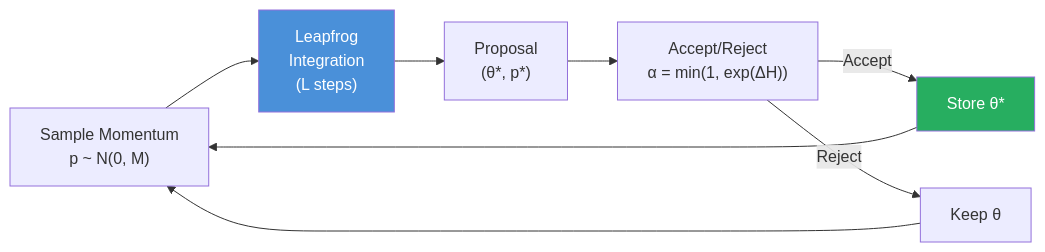
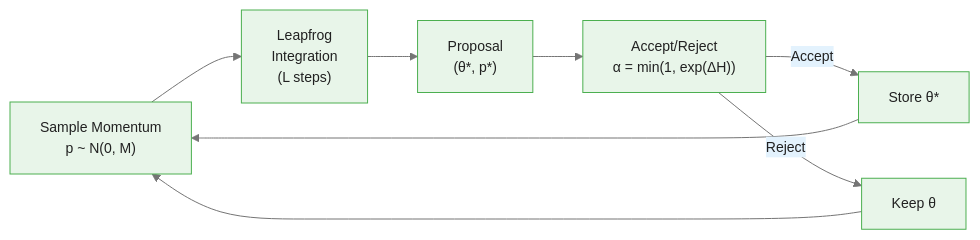
One commit to m-deane/course-creator changed the first of 5 diagrams in courses/bayesian-commodity-forecasting/modules/module_06_inference/guides/02_hamiltonian_monte_carlo_slides.md. Above: the diagram before and after it, drawn with Mermaid. The commit also changed other lines of this file and 104 other files, not shown here.

````diff
--- a/courses/bayesian-commodity-forecasting/modules/module_06_inference/guides/02_hamiltonian_monte_carlo_slides.md
+++ b/courses/bayesian-commodity-forecasting/modules/module_06_inference/guides/02_hamiltonian_monte_carlo_slides.md
@@ -48,12 +56,11 @@
 ```mermaid
+%%{init: {"theme": "base", "themeVariables": {"primaryColor": "#e8f5e9", "primaryBorderColor": "#4caf50", "primaryTextColor": "#212121", "secondaryColor": "#e3f2fd", "tertiaryColor": "#fff8e1", "lineColor": "#757575", "fontFamily": "Inter, sans-serif", "fontSize": "14px"}}}%%
 flowchart LR
     MOM["Sample Momentum\np ~ N(0, M)"] --> LEAP["Leapfrog\nIntegration\n(L steps)"]
     LEAP --> PROP["Proposal\n(θ*, p*)"]
     PROP --> MH["Accept/Reject\nα = min(1, exp(ΔH))"]
     MH -->|"Accept"| STORE["Store θ*"]
     MH -->|"Reject"| KEEP["Keep θ"]
     STORE --> MOM
     KEEP --> MOM
-    style LEAP fill:#4a90d9,color:#fff
-    style STORE fill:#27ae60,color:#fff
 ```
````
